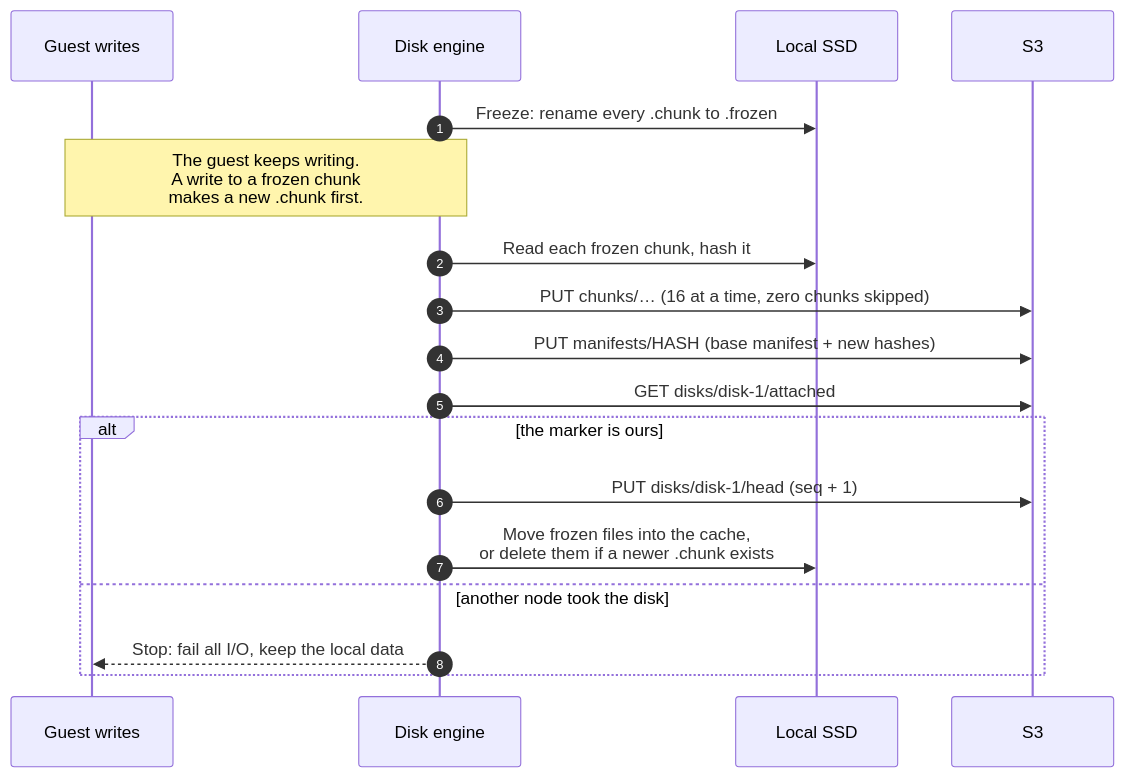
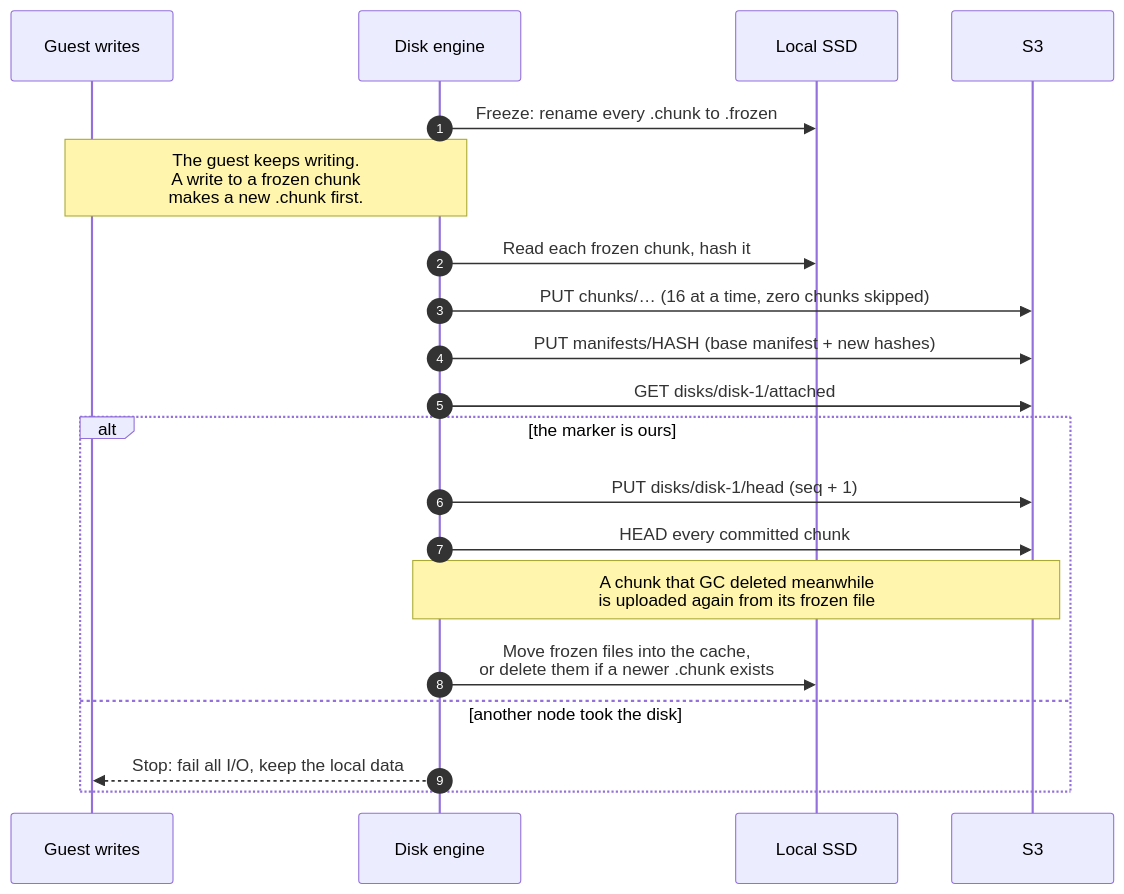
The sixth of 10 diagrams in docs/architecture.md (tanmoysrt/mica), drawn with Mermaid before and after one commit. The commit also changed other lines of this file and 14 other files, not shown here.

````diff
--- a/docs/architecture.md
+++ b/docs/architecture.md
@@ -174,21 +174,23 @@
 ```mermaid
 sequenceDiagram
     autonumber
     participant G as Guest writes
     participant E as Disk engine
     participant L as Local SSD
     participant S as S3
 
     E->>L: Freeze: rename every .chunk to .frozen
     Note over G,E: The guest keeps writing.<br/>A write to a frozen chunk<br/>makes a new .chunk first.
     E->>L: Read each frozen chunk, hash it
     E->>S: PUT chunks/… (16 at a time, zero chunks skipped)
     E->>S: PUT manifests/HASH (base manifest + new hashes)
     E->>S: GET disks/disk-1/attached
     alt the marker is ours
         E->>S: PUT disks/disk-1/head (seq + 1)
+        E->>S: HEAD every committed chunk
+        Note over E,S: A chunk that GC deleted meanwhile<br/>is uploaded again from its frozen file
         E->>L: Move frozen files into the cache,<br/>or delete them if a newer .chunk exists
     else another node took the disk
         E-->>G: Stop: fail all I/O, keep the local data
     end
 ```
````
